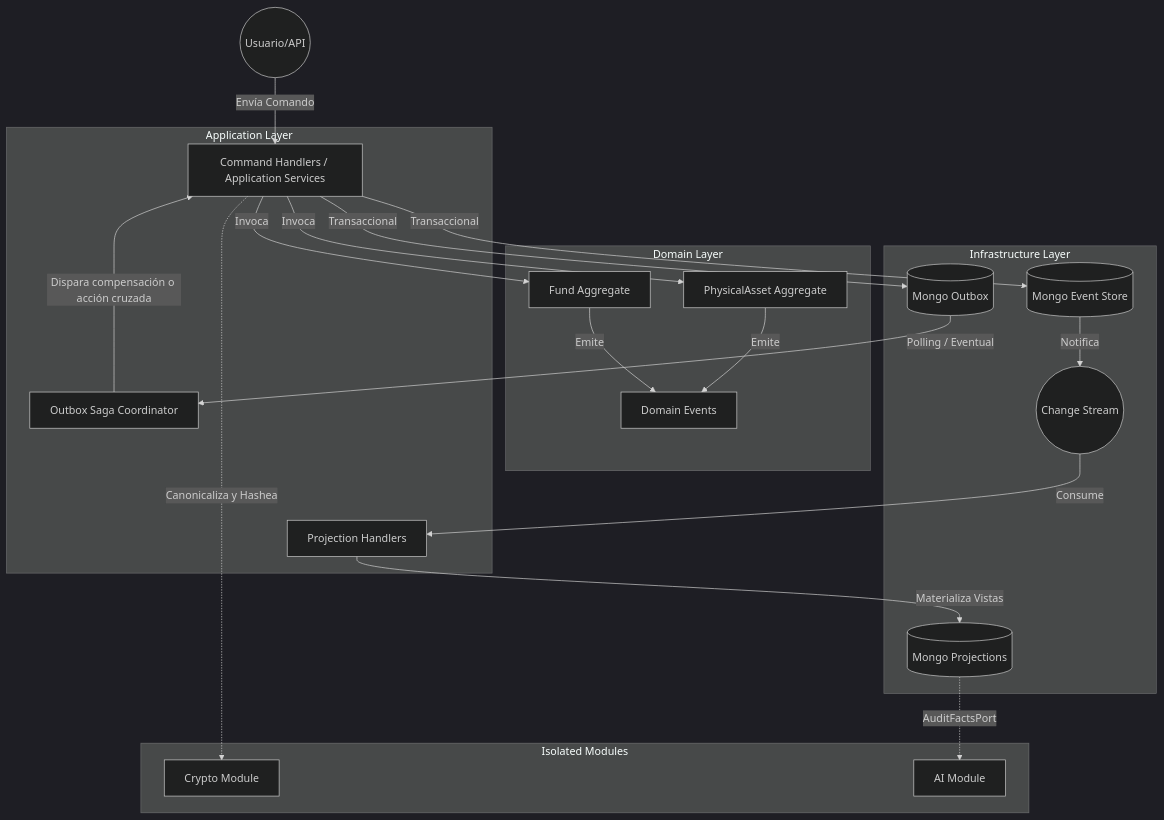
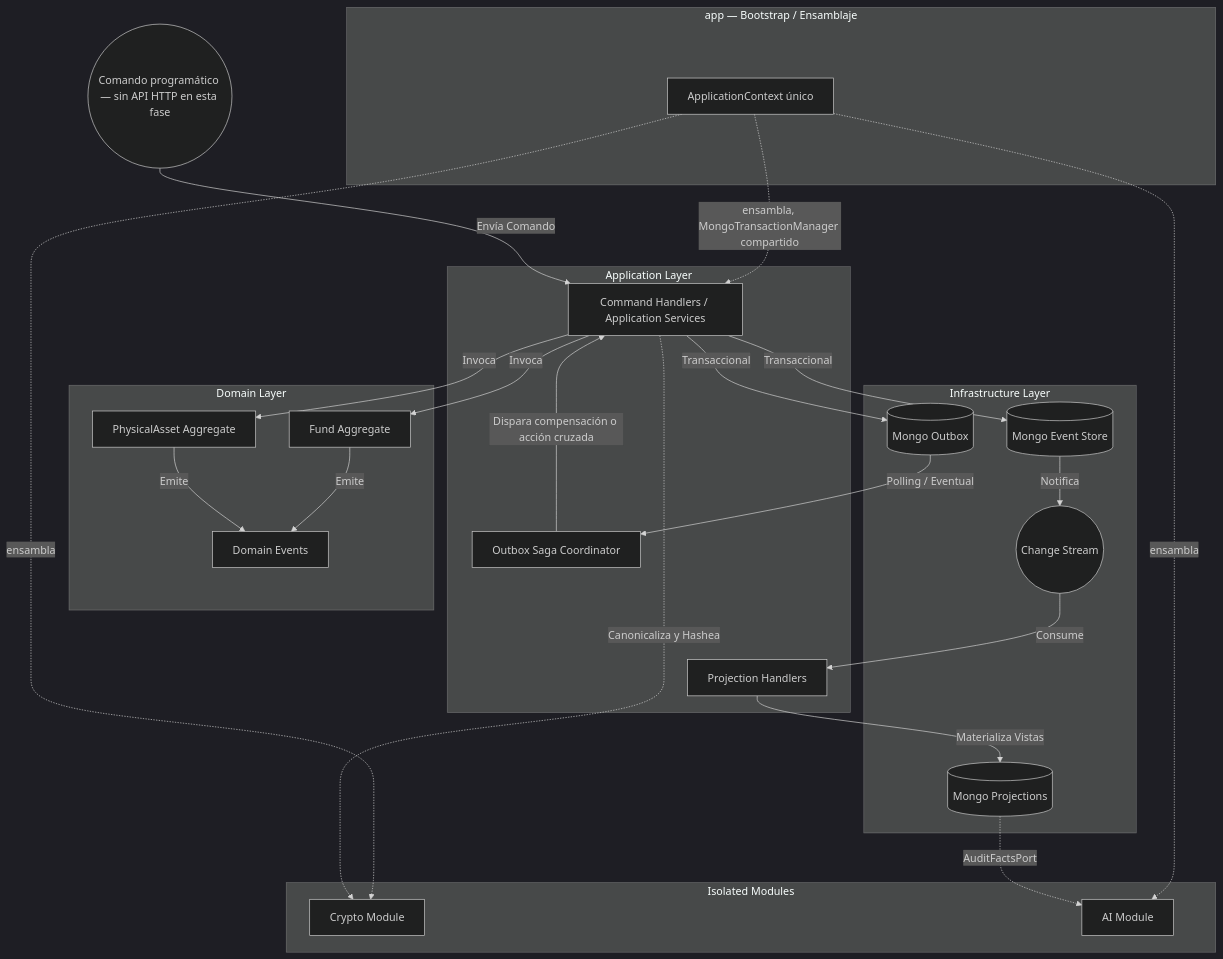
One commit to Toffy22Cj/Donaciones changed the first of 4 diagrams in architecture_diagrams.md. Above: the diagram before and after it, drawn with Mermaid (dark theme). The commit also changed other lines of this file and 124 other files, not shown here.

````diff
--- a/architecture_diagrams.md
+++ b/architecture_diagrams.md
@@ -9,55 +11,64 @@
 ```mermaid
 flowchart TD
     %% Entradas
-    User((Usuario/API))
+    User((Comando programático — sin API HTTP en esta fase))
     
+    subgraph Bootstrap [app — Bootstrap / Ensamblaje]
+        AppCtx[ApplicationContext único]
+    end
+
     subgraph Application [Application Layer]
         Handler[Command Handlers / Application Services]
         OutboxSaga[Outbox Saga Coordinator]
         ProjHandler[Projection Handlers]
     end
 
     subgraph Domain [Domain Layer]
         Fund[Fund Aggregate]
         Asset[PhysicalAsset Aggregate]
         Events[Domain Events]
     end
 
     subgraph Infrastructure [Infrastructure Layer]
         EventStore[(Mongo Event Store)]
         Outbox[(Mongo Outbox)]
         ChangeStream((Change Stream))
         ProjDB[(Mongo Projections)]
     end
 
     subgraph External Modules [Isolated Modules]
         Crypto[Crypto Module]
         AI[AI Module]
     end
+
+    %% Ensamblaje
+    AppCtx -.->|ensambla, MongoTransactionManager compartido| Handler
+    AppCtx -.->|ensambla| Crypto
+    AppCtx -.->|ensambla| AI
 
     %% Relaciones de comando
     User -->|Envía Comando| Handler
     Handler -->|Invoca| Fund
     Handler -->|Invoca| Asset
     Fund -->|Emite| Events
     Asset -->|Emite| Events
     
     %% Persistencia Atómica
     Handler -->|Transaccional| EventStore
     Handler -->|Transaccional| Outbox
     
     %% Sagas
     Outbox -->|Polling / Eventual| OutboxSaga
     OutboxSaga -->|Dispara compensación o acción cruzada| Handler
     
     %% Crypto
     Handler -.->|Canonicaliza y Hashea| Crypto
     
     %% Proyecciones (CQRS)
     EventStore -->|Notifica| ChangeStream
     ChangeStream -->|Consume| ProjHandler
     ProjHandler -->|Materializa Vistas| ProjDB
     
     %% Módulo AI
     ProjDB -.->|AuditFactsPort| AI
 ```
````
